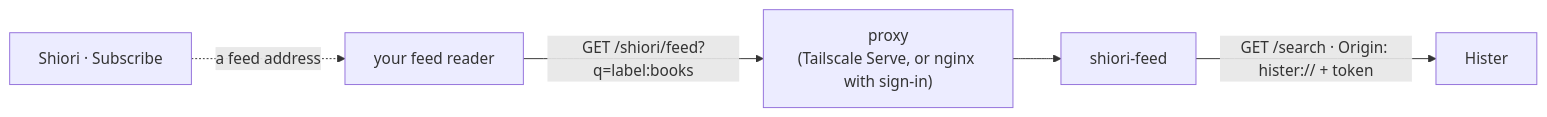
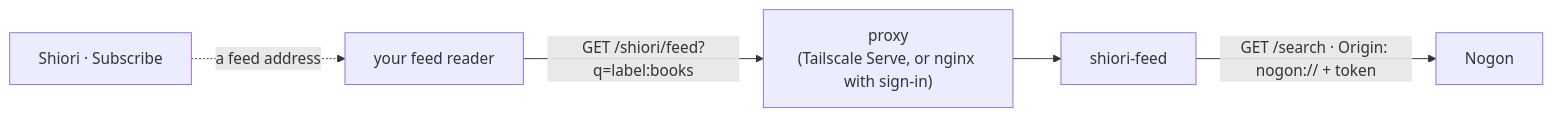
One commit to machiya-kobo/machiya changed the diagram in docs/services/shiori-feed.md. Above: the diagram before and after it, drawn with Mermaid. The commit also changed other lines of this file and 30 other files, not shown here.

First line of the commit message:
machiya: docs: Hister is now Nogon, stage 3b (contract and service doc renamed)

````diff
--- a/docs/services/shiori-feed.md
+++ b/docs/services/shiori-feed.md
@@ -18,7 +18,7 @@
 ```mermaid
 flowchart LR
     s["Shiori · Subscribe"] -.->|"a feed address"| r["your feed reader"]
     r -->|"GET /shiori/feed?q=label:books"| p["proxy<br/>(Tailscale Serve, or nginx with sign-in)"]
     p --> f["shiori-feed"]
-    f -->|"GET /search · Origin: hister:// + token"| h["Hister"]
+    f -->|"GET /search · Origin: nogon:// + token"| h["Nogon"]
 ```
````
